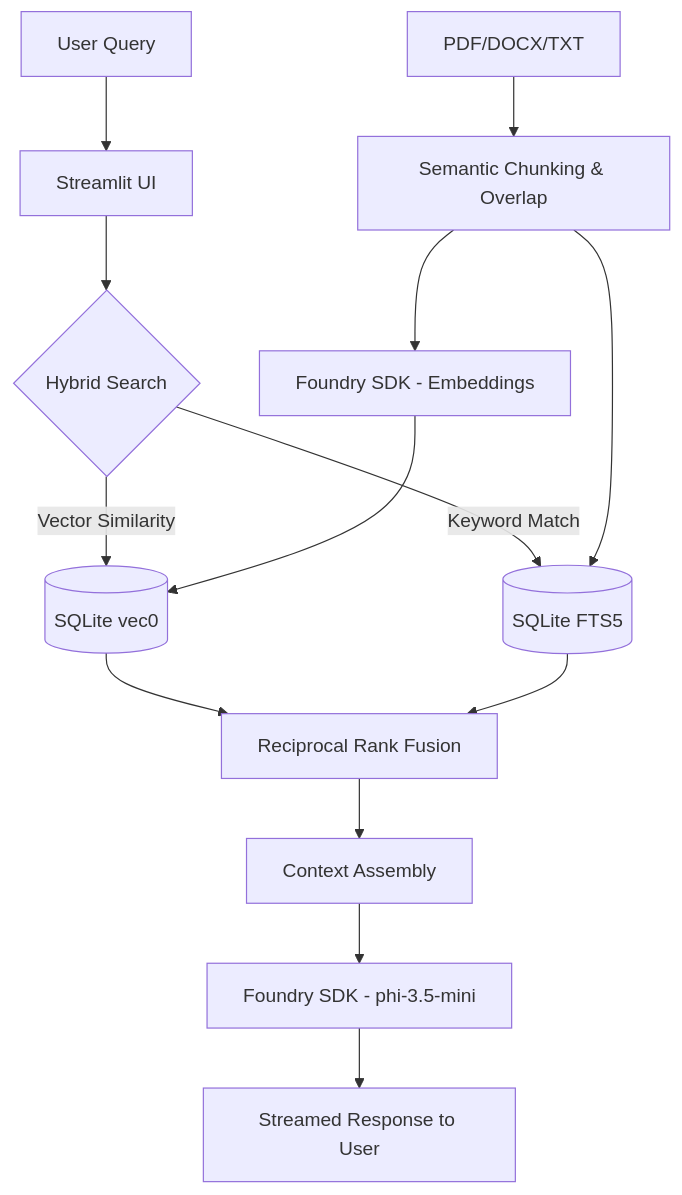
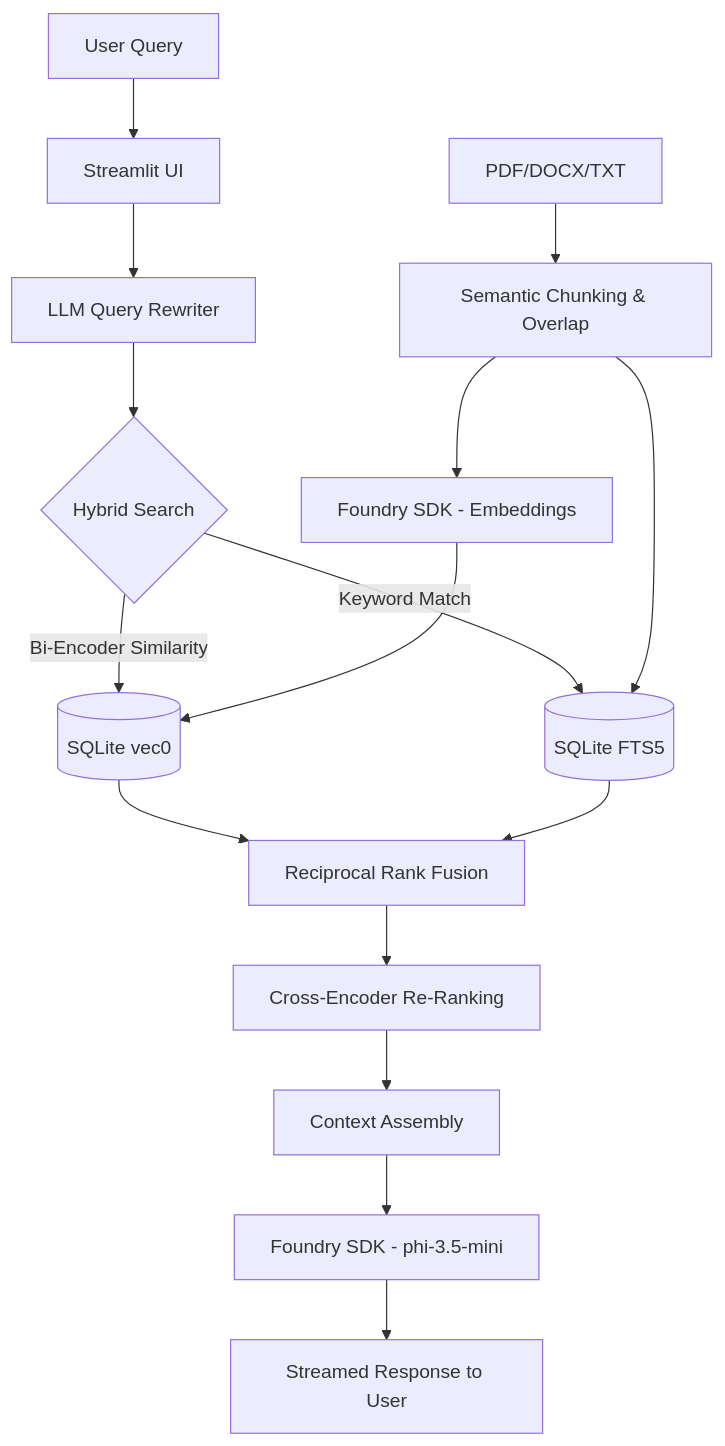
The diagram in README.md (iamsevval/foundry-local-rag-assistant), drawn with Mermaid before and after one commit. The commit also changed other lines of this file and 4 other files, not shown here.

Commit message:
feat: Implement Advanced RAG pipeline (Cross-Encoder, Hybrid Search) and dynamic document deletion

````diff
--- a/README.md
+++ b/README.md
@@ -19,17 +23,19 @@
 ```mermaid
 graph TD
     A[User Query] --> B[Streamlit UI]
-    B --> C{Hybrid Search}
-    C -->|Vector Similarity| D[(SQLite vec0)]
+    B --> Q[LLM Query Rewriter]
+    Q --> C{Hybrid Search}
+    C -->|Bi-Encoder Similarity| D[(SQLite vec0)]
     C -->|Keyword Match| E[(SQLite FTS5)]
     D --> F[Reciprocal Rank Fusion]
     E --> F
-    F --> G[Context Assembly]
+    F --> R[Cross-Encoder Re-Ranking]
+    R --> G[Context Assembly]
     G --> H[Foundry SDK - phi-3.5-mini]
     H --> I[Streamed Response to User]
     
     J[PDF/DOCX/TXT] --> K[Semantic Chunking & Overlap]
     K --> L[Foundry SDK - Embeddings]
     L --> D
     K --> E
 ```
````
